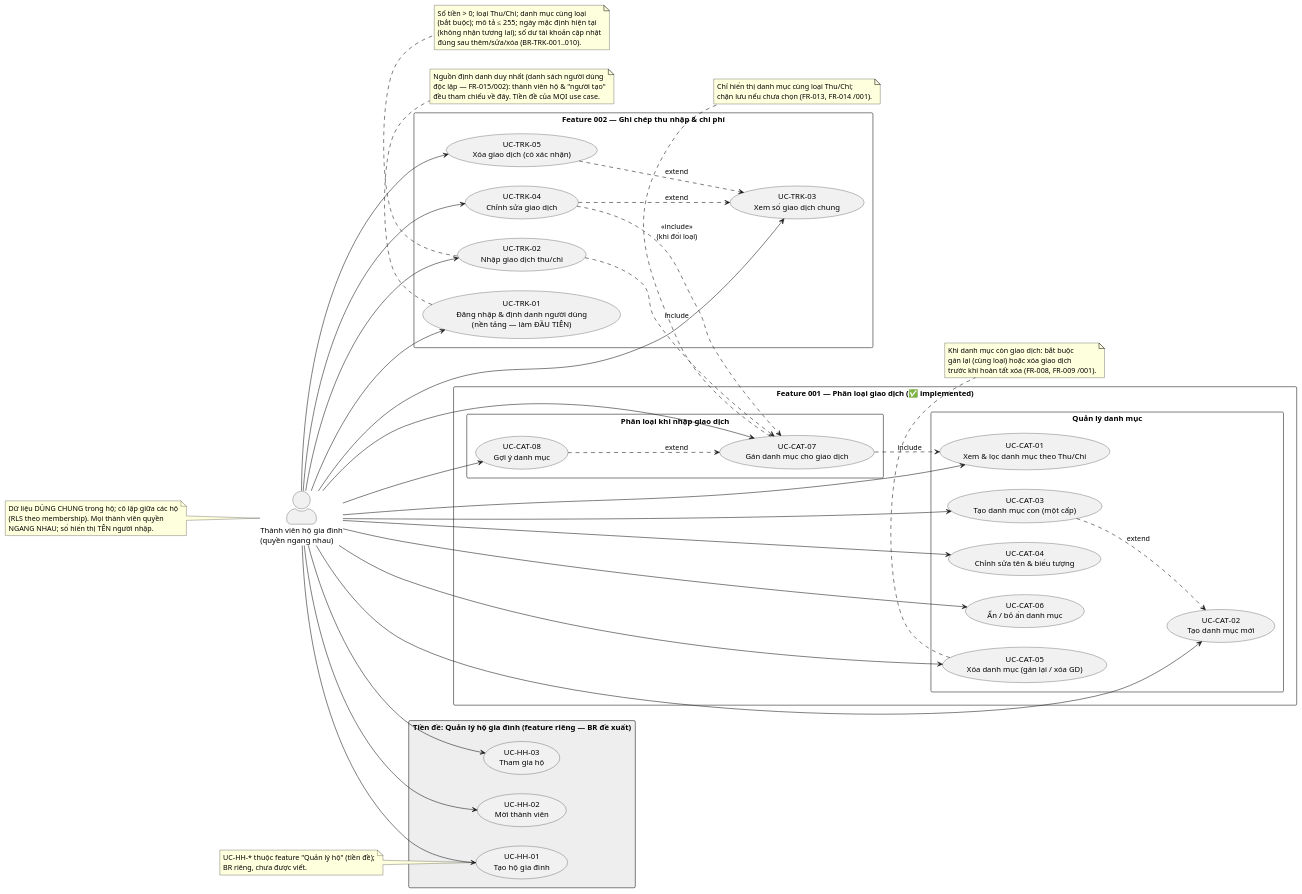
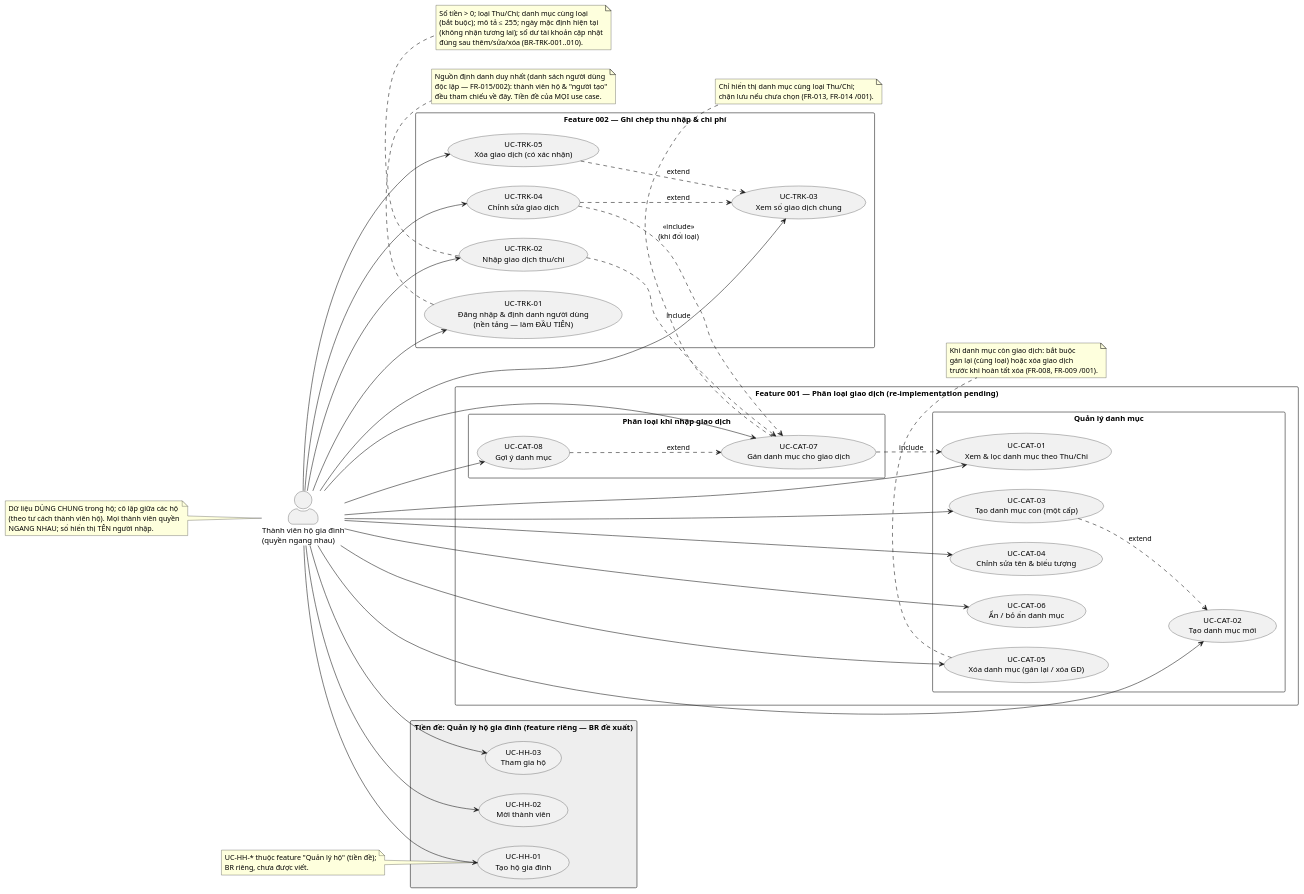
Before and after one commit to tuanpham197/mango-family: the diagram in specs/diagrams/use-cases.puml, drawn with PlantUML. The commit also changed 17 other files, not shown here.

First line of the commit message:
docs: re-platform doc updates (Go+Vue) + 002 spec review v3/v4

```diff
--- a/specs/diagrams/use-cases.puml
+++ b/specs/diagrams/use-cases.puml
@@ -1,106 +1,107 @@
 @startuml Use Cases — Sổ tài chính hộ gia đình (feature 001 + 002)
 ' Nguồn: specs/use-cases/<feature>/*.md · specs/001-*/spec.md · specs/002-*/spec.md
 ' 2026-06-29: app DÙNG CHUNG trong hộ gia đình, nhiều thành viên, quyền ngang nhau.
 ' 2026-07-06: thêm feature 002 (UC-TRK-01..05); người dùng là danh sách độc lập (FR-015/002).
+' 2026-07-10: re-platform Go+Vue — bỏ chú thích RLS (cơ chế stack cũ); 001 → re-implementation pending.
 left to right direction
 skinparam packageStyle rectangle
 skinparam shadowing false
 skinparam actorStyle awesome
 
 actor "Thành viên hộ gia đình\n(quyền ngang nhau)" as member
 
 rectangle "Feature 002 — Ghi chép thu nhập & chi phí" {
     usecase "UC-TRK-01\nĐăng nhập & định danh người dùng\n(nền tảng — làm ĐẦU TIÊN)" as TRK01
     usecase "UC-TRK-02\nNhập giao dịch thu/chi" as TRK02
     usecase "UC-TRK-03\nXem sổ giao dịch chung" as TRK03
     usecase "UC-TRK-04\nChỉnh sửa giao dịch" as TRK04
     usecase "UC-TRK-05\nXóa giao dịch (có xác nhận)" as TRK05
 }
 
-rectangle "Feature 001 — Phân loại giao dịch (✅ implemented)" {
+rectangle "Feature 001 — Phân loại giao dịch (re-implementation pending)" {
 
     package "Quản lý danh mục" {
         usecase "UC-CAT-01\nXem & lọc danh mục theo Thu/Chi" as UC01
         usecase "UC-CAT-02\nTạo danh mục mới" as UC02
         usecase "UC-CAT-03\nTạo danh mục con (một cấp)" as UC03
         usecase "UC-CAT-04\nChỉnh sửa tên & biểu tượng" as UC04
         usecase "UC-CAT-05\nXóa danh mục (gán lại / xóa GD)" as UC05
         usecase "UC-CAT-06\nẨn / bỏ ẩn danh mục" as UC06
     }
 
     package "Phân loại khi nhập giao dịch" {
         usecase "UC-CAT-07\nGán danh mục cho giao dịch" as UC07
         usecase "UC-CAT-08\nGợi ý danh mục" as UC08
     }
 }
 
 rectangle "Tiền đề: Quản lý hộ gia đình (feature riêng — BR đề xuất)" #EEEEEE {
     usecase "UC-HH-01\nTạo hộ gia đình" as HH01
     usecase "UC-HH-02\nMời thành viên" as HH02
     usecase "UC-HH-03\nTham gia hộ" as HH03
 }
 
 member --> TRK01
 member --> TRK02
 member --> TRK03
 member --> TRK04
 member --> TRK05
 member --> UC01
 member --> UC02
 member --> UC03
 member --> UC04
 member --> UC05
 member --> UC06
 member --> UC07
 member --> UC08
 member --> HH01
 member --> HH02
 member --> HH03
 
 ' Quan hệ giữa các use case
 UC03 ..> UC02 : «extend»
 UC07 ..> UC01 : «include»
 UC08 ..> UC07 : «extend»
 TRK02 ..> UC07 : «include»
 TRK04 ..> TRK03 : «extend»
 TRK05 ..> TRK03 : «extend»
 TRK04 ..> UC07 : «include»\n(khi đổi loại)
 
 note bottom of TRK01
   Nguồn định danh duy nhất (danh sách người dùng
   độc lập — FR-015/002): thành viên hộ & "người tạo"
   đều tham chiếu về đây. Tiền đề của MỌI use case.
 end note
 
 note bottom of TRK02
   Số tiền > 0; loại Thu/Chi; danh mục cùng loại
   (bắt buộc); mô tả ≤ 255; ngày mặc định hiện tại
   (không nhận tương lai); số dư tài khoản cập nhật
   đúng sau thêm/sửa/xóa (BR-TRK-001..010).
 end note
 
 note bottom of UC05
   Khi danh mục còn giao dịch: bắt buộc
   gán lại (cùng loại) hoặc xóa giao dịch
   trước khi hoàn tất xóa (FR-008, FR-009 /001).
 end note
 
 note bottom of UC07
   Chỉ hiển thị danh mục cùng loại Thu/Chi;
   chặn lưu nếu chưa chọn (FR-013, FR-014 /001).
 end note
 
 note as N1
   Dữ liệu DÙNG CHUNG trong hộ; cô lập giữa các hộ
-  (RLS theo membership). Mọi thành viên quyền
+  (theo tư cách thành viên hộ). Mọi thành viên quyền
   NGANG NHAU; sổ hiển thị TÊN người nhập.
 end note
 N1 .. member
 
 note as N2
   UC-HH-* thuộc feature "Quản lý hộ" (tiền đề);
   BR riêng, chưa được viết.
 end note
 N2 .. HH01
 
 @enduml
```
